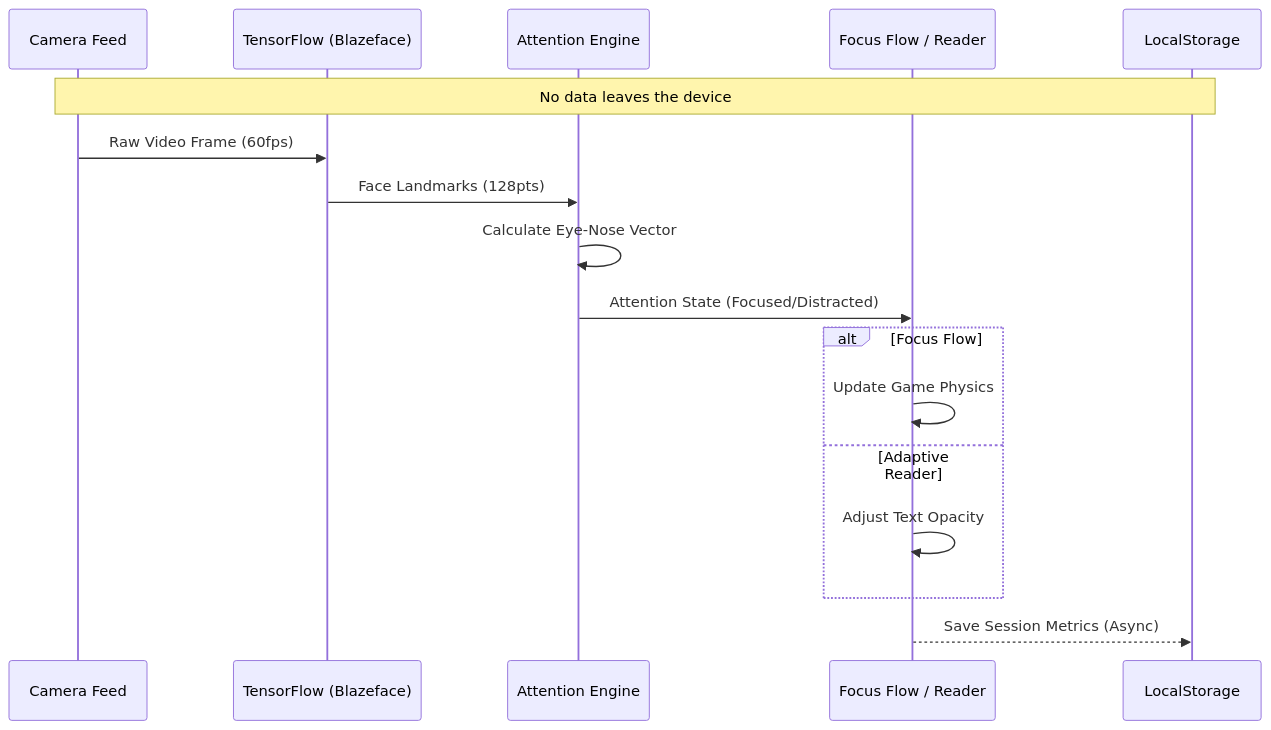
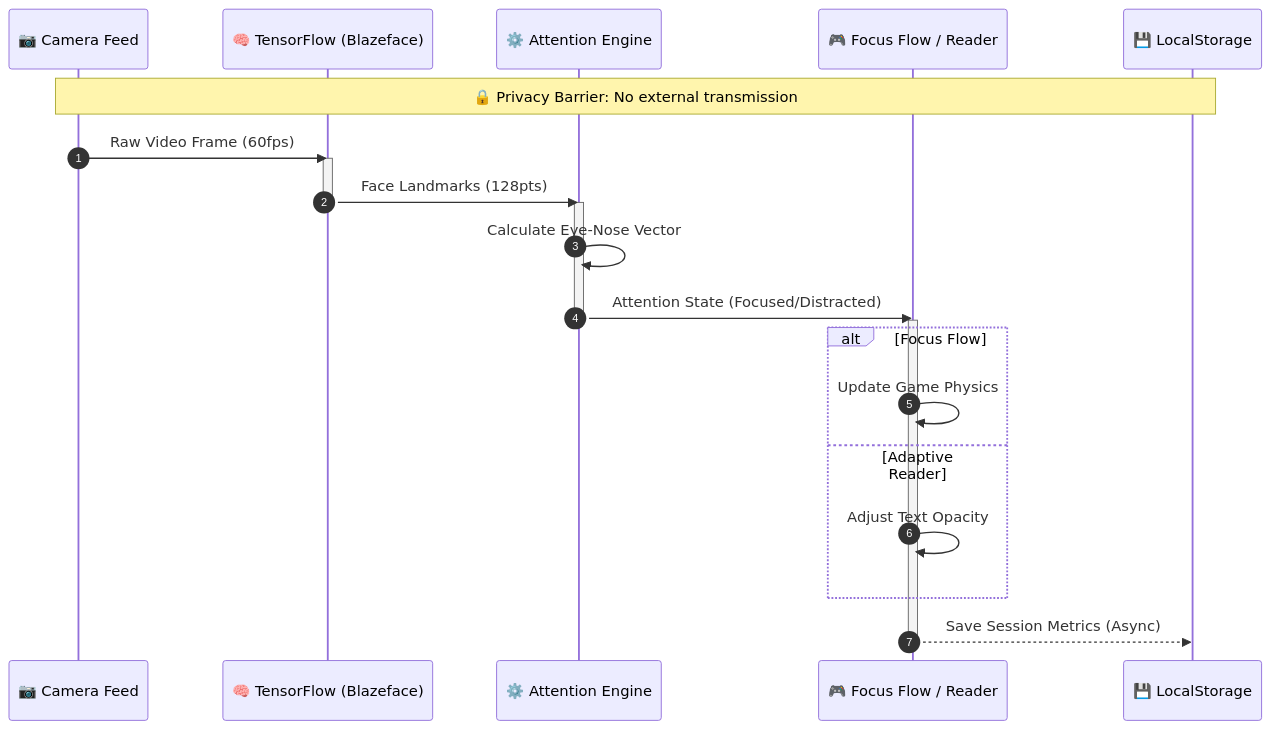
Before and after one commit to imarnv/lock-focus: the second of 2 diagrams in README.md, drawn with Mermaid. The commit also changed other lines of this file, not shown here.

````diff
--- a/README.md
+++ b/README.md
@@ -37,23 +44,31 @@
 ```mermaid
 sequenceDiagram
-    participant Cam as Camera Feed
-    participant Blaze as TensorFlow (Blazeface)
-    participant Engine as Attention Engine
-    participant App as Focus Flow / Reader
-    participant Store as LocalStorage
+    autonumber
+    participant Cam as 📷 Camera Feed
+    participant Blaze as 🧠 TensorFlow (Blazeface)
+    participant Engine as ⚙️ Attention Engine
+    participant App as 🎮 Focus Flow / Reader
+    participant Store as 💾 LocalStorage
 
-    Note over Cam, Store: No data leaves the device
+    Note over Cam, Store: 🔒 Privacy Barrier: No external transmission
 
     Cam->>Blaze: Raw Video Frame (60fps)
+    activate Blaze
     Blaze->>Engine: Face Landmarks (128pts)
+    deactivate Blaze
+    
+    activate Engine
     Engine->>Engine: Calculate Eye-Nose Vector
     Engine->>App: Attention State (Focused/Distracted)
+    deactivate Engine
     
+    activate App
     alt Focus Flow
         App->>App: Update Game Physics
     else Adaptive Reader
         App->>App: Adjust Text Opacity
     end
-
+    
     App-->>Store: Save Session Metrics (Async)
+    deactivate App
 ```
````
